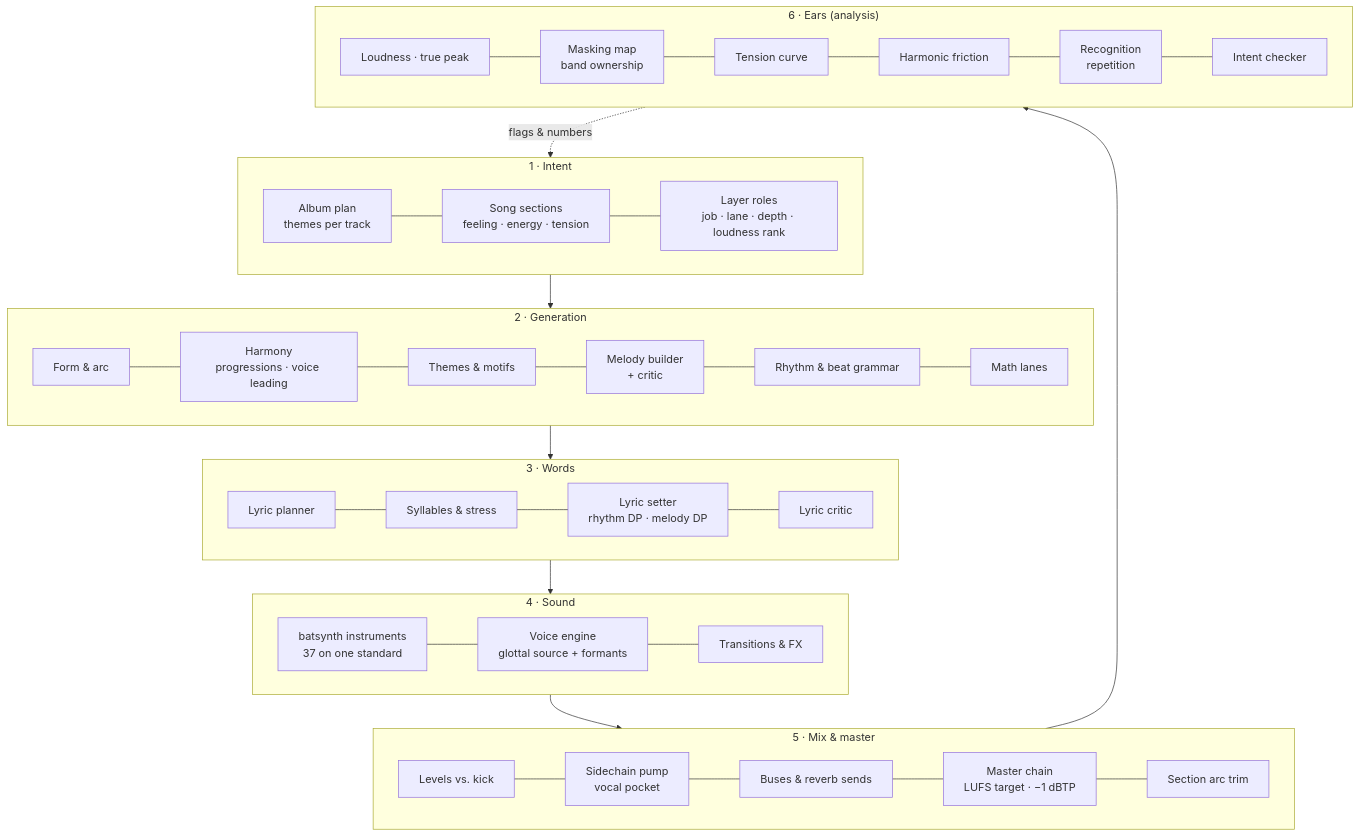
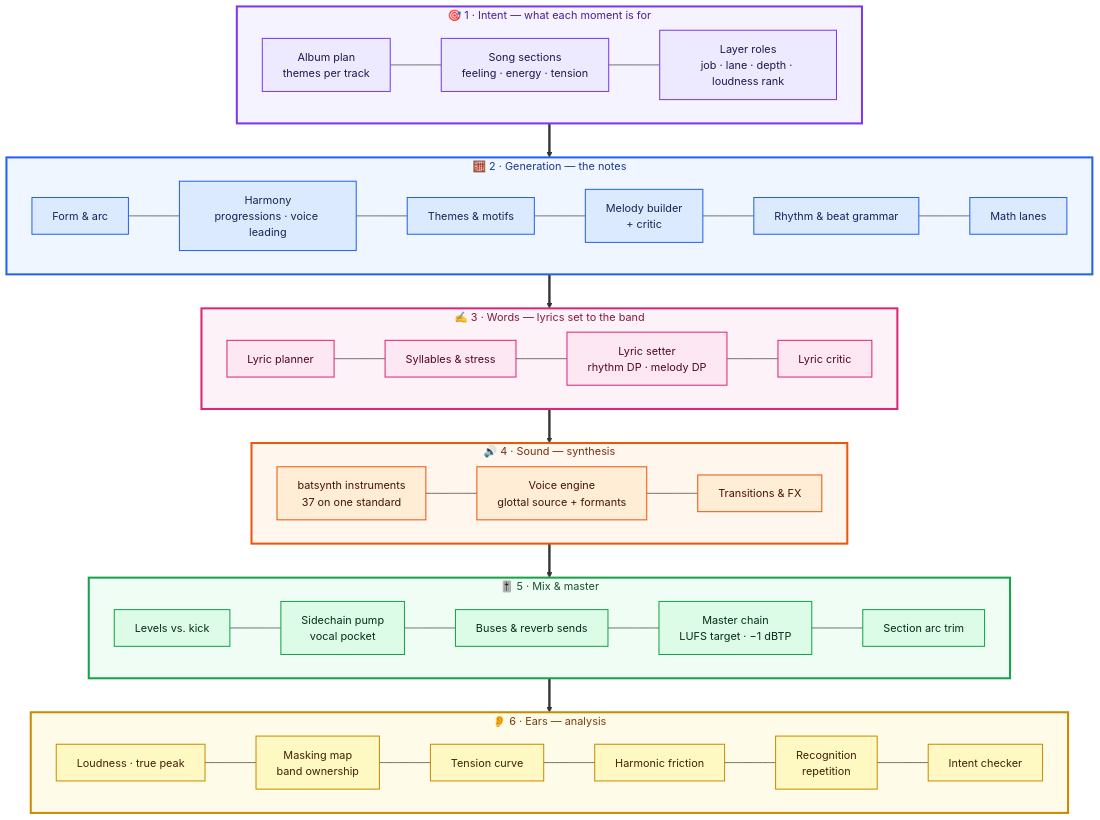
One commit to MirTheDragon/Electric-Bat-Studio changed the second of 10 diagrams in README.md. Above: the diagram before and after it, drawn with Mermaid. The commit also changed other lines of this file, not shown here.

First line of the commit message:
README: colour-coded diagrams, layer key, badges, family and status charts

````diff
--- a/README.md
+++ b/README.md
@@ -74,29 +105,47 @@
 ```mermaid
 flowchart TB
-    subgraph L1["1 · Intent"]
+    subgraph L1["🎯 1 · Intent — what each moment is for"]
         direction LR
         i1["Album plan<br/>themes per track"] --- i2["Song sections<br/>feeling · energy · tension"] --- i3["Layer roles<br/>job · lane · depth · loudness rank"]
     end
-    subgraph L2["2 · Generation"]
+    subgraph L2["🧮 2 · Generation — the notes"]
         direction LR
         g1["Form & arc"] --- g2["Harmony<br/>progressions · voice leading"] --- g3["Themes & motifs"] --- g4["Melody builder<br/>+ critic"] --- g5["Rhythm & beat grammar"] --- g6["Math lanes"]
     end
-    subgraph L3["3 · Words"]
+    subgraph L3["✍️ 3 · Words — lyrics set to the band"]
         direction LR
         w1["Lyric planner"] --- w2["Syllables & stress"] --- w3["Lyric setter<br/>rhythm DP · melody DP"] --- w4["Lyric critic"]
     end
-    subgraph L4["4 · Sound"]
+    subgraph L4["🔊 4 · Sound — synthesis"]
         direction LR
         s1["batsynth instruments<br/>37 on one standard"] --- s2["Voice engine<br/>glottal source + formants"] --- s3["Transitions & FX"]
     end
-    subgraph L5["5 · Mix & master"]
+    subgraph L5["🎚️ 5 · Mix & master"]
         direction LR
         m1["Levels vs. kick"] --- m2["Sidechain pump<br/>vocal pocket"] --- m3["Buses & reverb sends"] --- m4["Master chain<br/>LUFS target · −1 dBTP"] --- m5["Section arc trim"]
     end
-    subgraph L6["6 · Ears (analysis)"]
+    subgraph L6["👂 6 · Ears — analysis"]
         direction LR
         a1["Loudness · true peak"] --- a2["Masking map<br/>band ownership"] --- a3["Tension curve"] --- a4["Harmonic friction"] --- a5["Recognition<br/>repetition"] --- a6["Intent checker"]
     end
-    L1 --> L2 --> L3 --> L4 --> L5 --> L6
-    L6 -.->|flags & numbers| L1
+    L1 ==> L2 ==> L3 ==> L4 ==> L5 ==> L6
+
+    classDef intent fill:#ede9fe,stroke:#7c3aed,stroke-width:1.5px,color:#1e1b4b
+    classDef gen fill:#dbeafe,stroke:#2563eb,stroke-width:1.5px,color:#172554
+    classDef words fill:#fce7f3,stroke:#db2777,stroke-width:1.5px,color:#500724
+    classDef sound fill:#ffedd5,stroke:#ea580c,stroke-width:1.5px,color:#431407
+    classDef mix fill:#dcfce7,stroke:#16a34a,stroke-width:1.5px,color:#052e16
+    classDef ears fill:#fef9c3,stroke:#ca8a04,stroke-width:1.5px,color:#422006
+    class i1,i2,i3 intent
+    class g1,g2,g3,g4,g5,g6 gen
+    class w1,w2,w3,w4 words
+    class s1,s2,s3 sound
+    class m1,m2,m3,m4,m5 mix
+    class a1,a2,a3,a4,a5,a6 ears
+    style L1 fill:#f5f3ff,stroke:#7c3aed,stroke-width:3px,color:#4c1d95
+    style L2 fill:#eff6ff,stroke:#2563eb,stroke-width:3px,color:#1e3a8a
+    style L3 fill:#fdf2f8,stroke:#db2777,stroke-width:3px,color:#831843
+    style L4 fill:#fff7ed,stroke:#ea580c,stroke-width:3px,color:#7c2d12
+    style L5 fill:#f0fdf4,stroke:#16a34a,stroke-width:3px,color:#14532d
+    style L6 fill:#fefce8,stroke:#ca8a04,stroke-width:3px,color:#713f12
 ```
````
